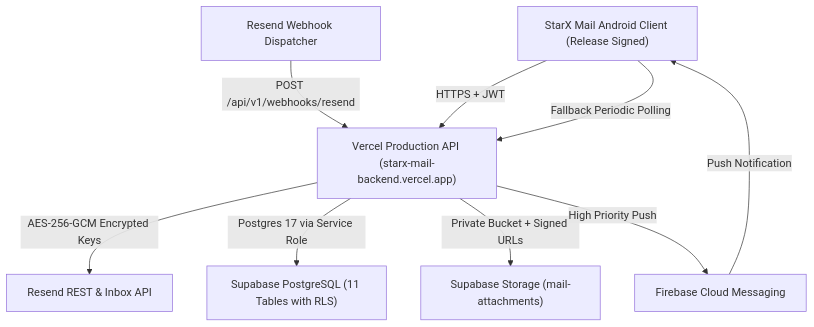
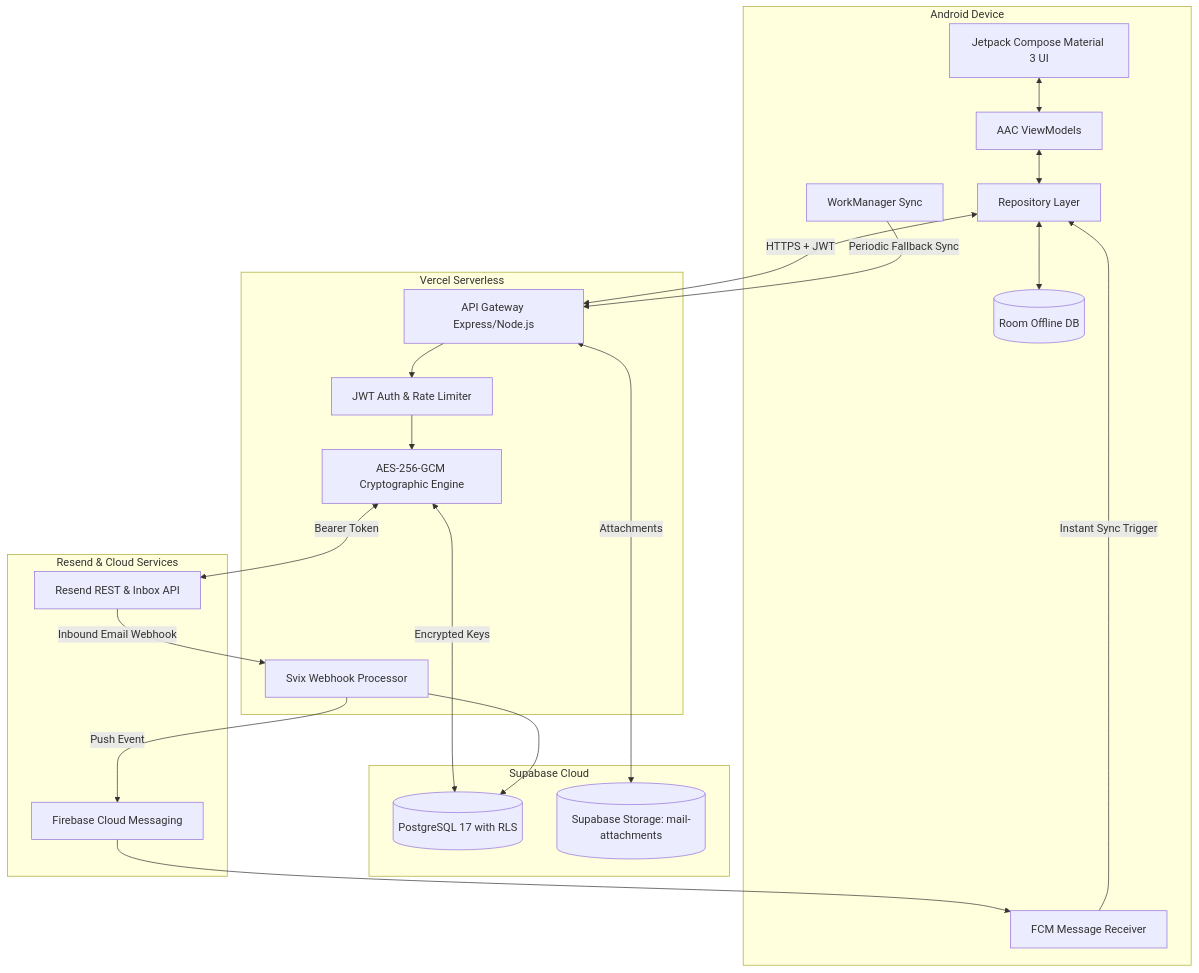
Before and after one commit to Tara1903/StarX-Mail: the first of 2 diagrams in README.md, drawn with Mermaid. The commit also changed other lines of this file and 4 other files, not shown here.

````diff
--- a/README.md
+++ b/README.md
@@ -64,11 +85,45 @@
 ```mermaid
 graph TD
-    Client["StarX Mail Android Client (Release Signed)"] -->|HTTPS + JWT| Backend["Vercel Production API (starx-mail-backend.vercel.app)"]
-    Backend -->|AES-256-GCM Encrypted Keys| ResendAPI["Resend REST & Inbox API"]
-    Backend -->|Postgres 17 via Service Role| SupabaseDB["Supabase PostgreSQL (11 Tables with RLS)"]
-    Backend -->|Private Bucket + Signed URLs| SupabaseStorage["Supabase Storage (mail-attachments)"]
-    ResendWebhook["Resend Webhook Dispatcher"] -->|POST /api/v1/webhooks/resend| Backend
-    Backend -->|High Priority Push| FCM["Firebase Cloud Messaging"]
-    FCM -->|Push Notification| Client
-    Client -->|Fallback Periodic Polling| Backend
+    subgraph Android Device
+        UI[Jetpack Compose Material 3 UI]
+        VM[AAC ViewModels]
+        Repo[Repository Layer]
+        Room[(Room Offline DB)]
+        WM[WorkManager Sync]
+        FCM_Recv[FCM Message Receiver]
+    end
+
+    subgraph Vercel Serverless
+        Gateway[API Gateway Express/Node.js]
+        AuthMid[JWT Auth & Rate Limiter]
+        Crypto[AES-256-GCM Cryptographic Engine]
+        WebhookHandler[Svix Webhook Processor]
+    end
+
+    subgraph Supabase Cloud
+        Postgres[(PostgreSQL 17 with RLS)]
+        Storage[(Supabase Storage: mail-attachments)]
+    end
+
+    subgraph Resend & Cloud Services
+        ResendAPI[Resend REST & Inbox API]
+        FCM_Service[Firebase Cloud Messaging]
+    end
+
+    UI <--> VM
+    VM <--> Repo
+    Repo <--> Room
+    Repo <-->|HTTPS + JWT| Gateway
+    WM -->|Periodic Fallback Sync| Gateway
+    FCM_Recv -->|Instant Sync Trigger| Repo
+
+    Gateway --> AuthMid
+    AuthMid --> Crypto
+    Crypto <-->|Encrypted Keys| Postgres
+    Gateway <-->|Attachments| Storage
+    Crypto <-->|Bearer Token| ResendAPI
+    ResendAPI -->|Inbound Email Webhook| WebhookHandler
+    WebhookHandler --> Postgres
+    WebhookHandler -->|Push Event| FCM_Service
+    FCM_Service --> FCM_Recv
 ```
````
